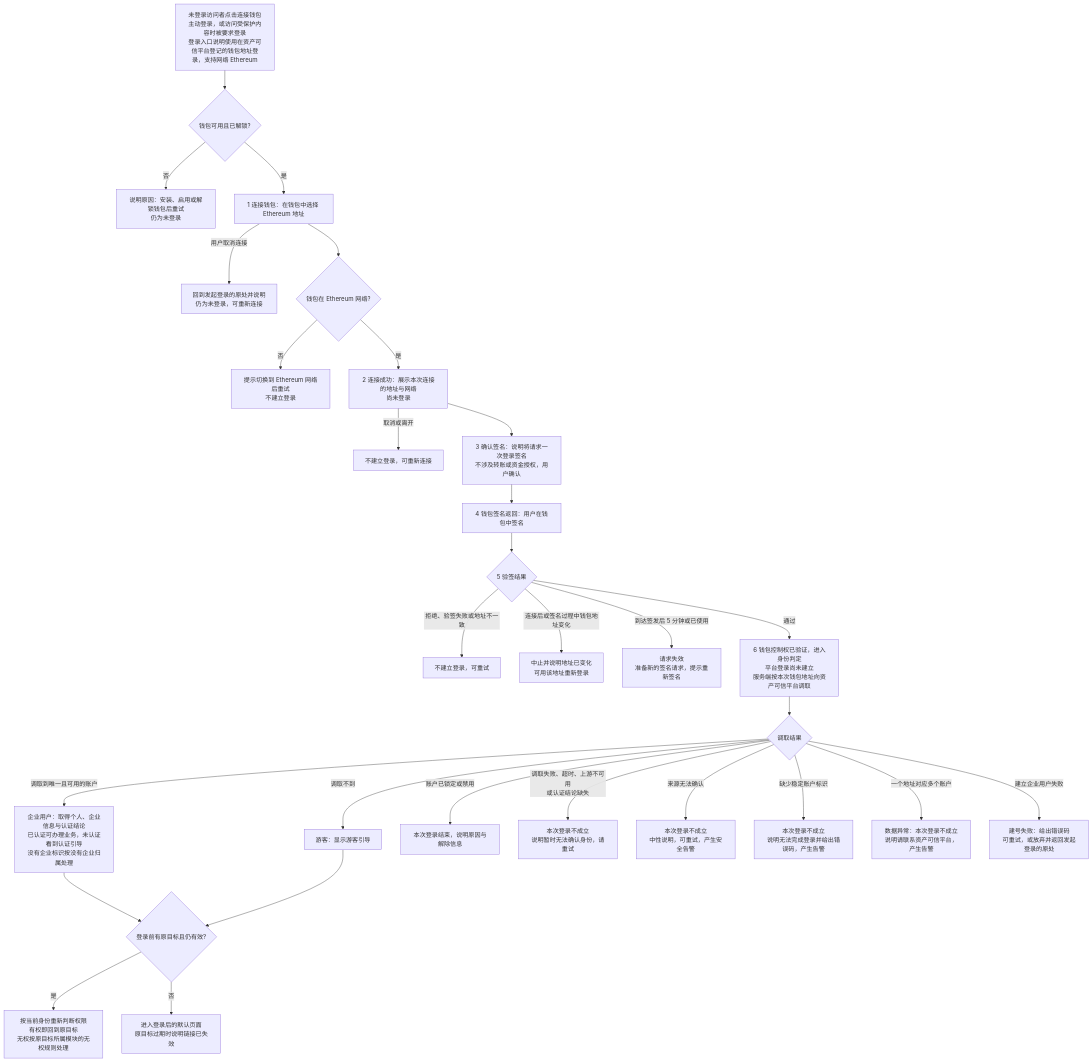
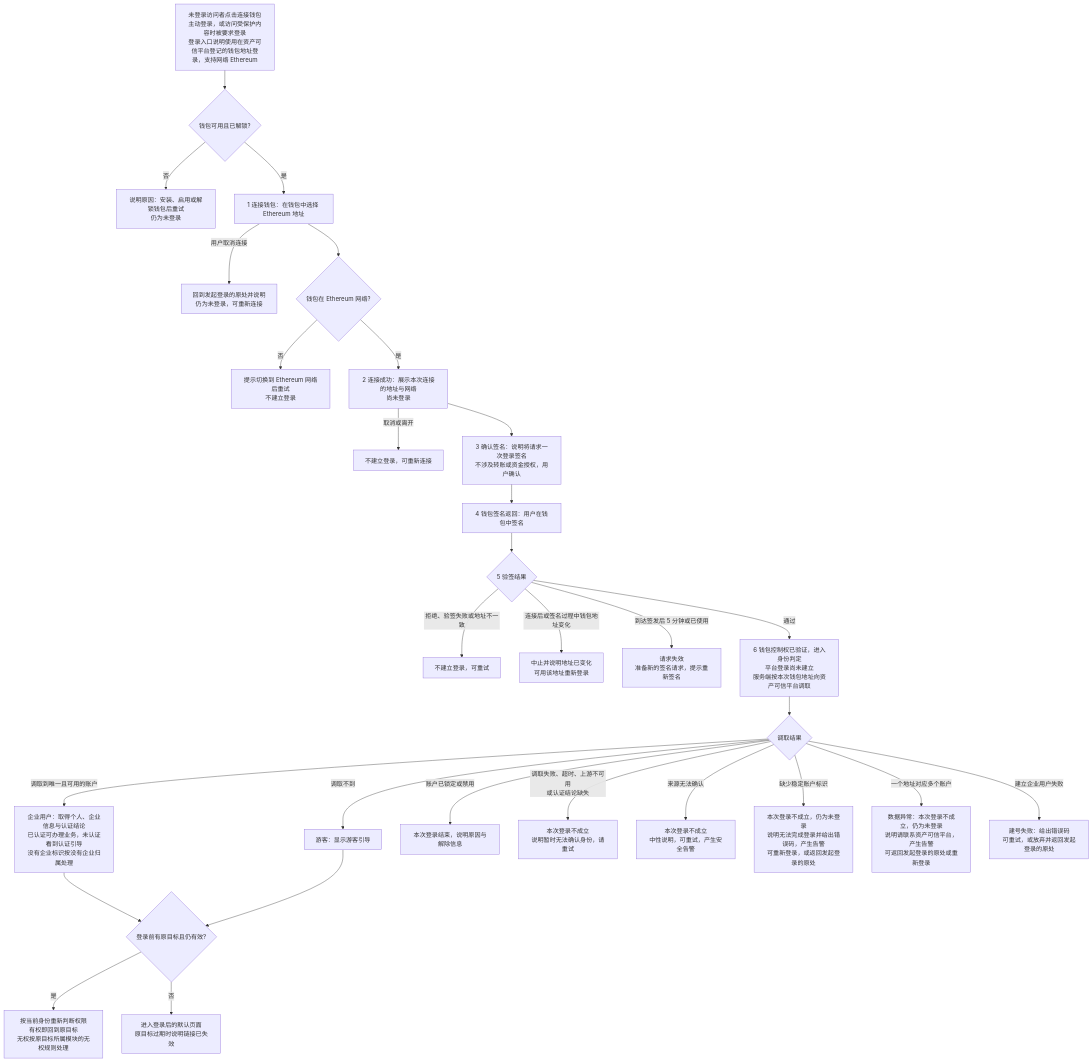
Before and after one commit to wxblockchain/Chain-Financing: the first of 5 diagrams in token-issuance-platform/PRD/面客端/M1-企业登录与企业账户/02-企业登录与企业账户-流程图与状态机.md, drawn with Mermaid. The commit also changed 21 other files, not shown here.

````diff
--- a/token-issuance-platform/PRD/面客端/M1-企业登录与企业账户/02-企业登录与企业账户-流程图与状态机.md
+++ b/token-issuance-platform/PRD/面客端/M1-企业登录与企业账户/02-企业登录与企业账户-流程图与状态机.md
@@ -18,31 +18,31 @@
 ```mermaid
 flowchart TD
     A[未登录访问者点击连接钱包<br/>主动登录，或访问受保护内容时被要求登录<br/>登录入口说明使用在资产可信平台登记的钱包地址登录，支持网络 Ethereum] --> B{钱包可用且已解锁?}
     B -->|否| B1[说明原因：安装、启用或解锁钱包后重试<br/>仍为未登录]
     B -->|是| C[1 连接钱包：在钱包中选择 Ethereum 地址]
     C -->|用户取消连接| C1[回到发起登录的原处并说明<br/>仍为未登录，可重新连接]
     C --> D{钱包在 Ethereum 网络?}
     D -->|否| D1[提示切换到 Ethereum 网络后重试<br/>不建立登录]
     D -->|是| C2[2 连接成功：展示本次连接的地址与网络<br/>尚未登录]
     C2 -->|取消或离开| C3[不建立登录，可重新连接]
     C2 --> E[3 确认签名：说明将请求一次登录签名<br/>不涉及转账或资金授权，用户确认]
     E --> F[4 钱包签名返回：用户在钱包中签名]
     F --> G{5 验签结果}
     G -->|拒绝、验签失败或地址不一致| G1[不建立登录，可重试]
     G -->|连接后或签名过程中钱包地址变化| G2[中止并说明地址已变化<br/>可用该地址重新登录]
     G -->|到达签发后 5 分钟或已使用| G3[请求失效<br/>准备新的签名请求，提示重新签名]
     G -->|通过| H[6 钱包控制权已验证，进入身份判定<br/>平台登录尚未建立<br/>服务端按本次钱包地址向资产可信平台调取]
     H --> I{调取结果}
     I -->|调取到唯一且可用的账户| J[企业用户：取得个人、企业信息与认证结论<br/>已认证可办理业务，未认证看到认证引导<br/>没有企业标识按没有企业归属处理]
     I -->|调取不到| K[游客：显示游客引导]
     I -->|账户已锁定或禁用| L[本次登录结束，说明原因与解除信息]
     I -->|调取失败、超时、上游不可用<br/>或认证结论缺失| M[本次登录不成立<br/>说明暂时无法确认身份，请重试]
     I -->|来源无法确认| MS[本次登录不成立<br/>中性说明，可重试，产生安全告警]
-    I -->|缺少稳定账户标识| MT[本次登录不成立<br/>说明无法完成登录并给出错误码，产生告警]
-    I -->|一个地址对应多个账户| N[数据异常：本次登录不成立<br/>说明请联系资产可信平台，产生告警]
+    I -->|缺少稳定账户标识| MT[本次登录不成立，仍为未登录<br/>说明无法完成登录并给出错误码，产生告警<br/>可重新登录，或返回发起登录的原处]
+    I -->|一个地址对应多个账户| N[数据异常：本次登录不成立，仍为未登录<br/>说明请联系资产可信平台，产生告警<br/>可返回发起登录的原处或重新登录]
     I -->|建立企业用户失败| O[建号失败：给出错误码<br/>可重试，或放弃并返回发起登录的原处]
     J --> P{登录前有原目标且仍有效?}
     K --> P
     P -->|是| Q[按当前身份重新判断权限<br/>有权即回到原目标<br/>无权按原目标所属模块的无权规则处理]
     P -->|否| R[进入登录后的默认页面<br/>原目标过期时说明链接已失效]
 ```
````
